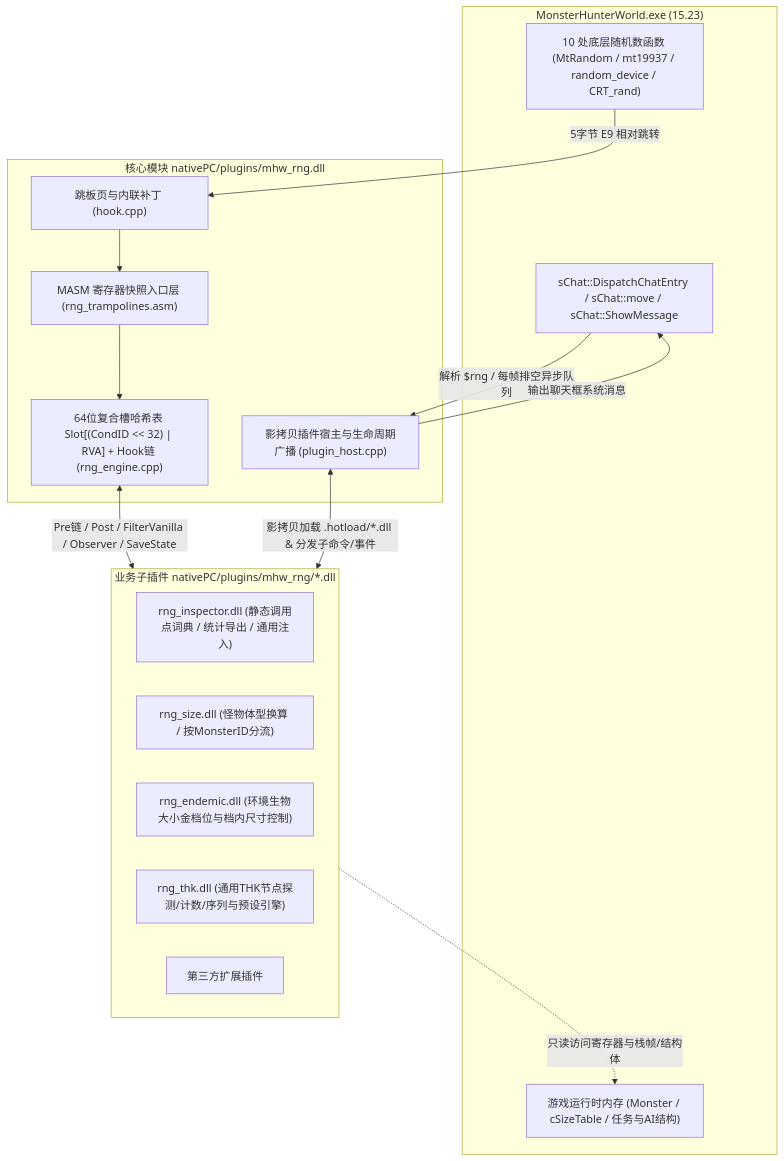
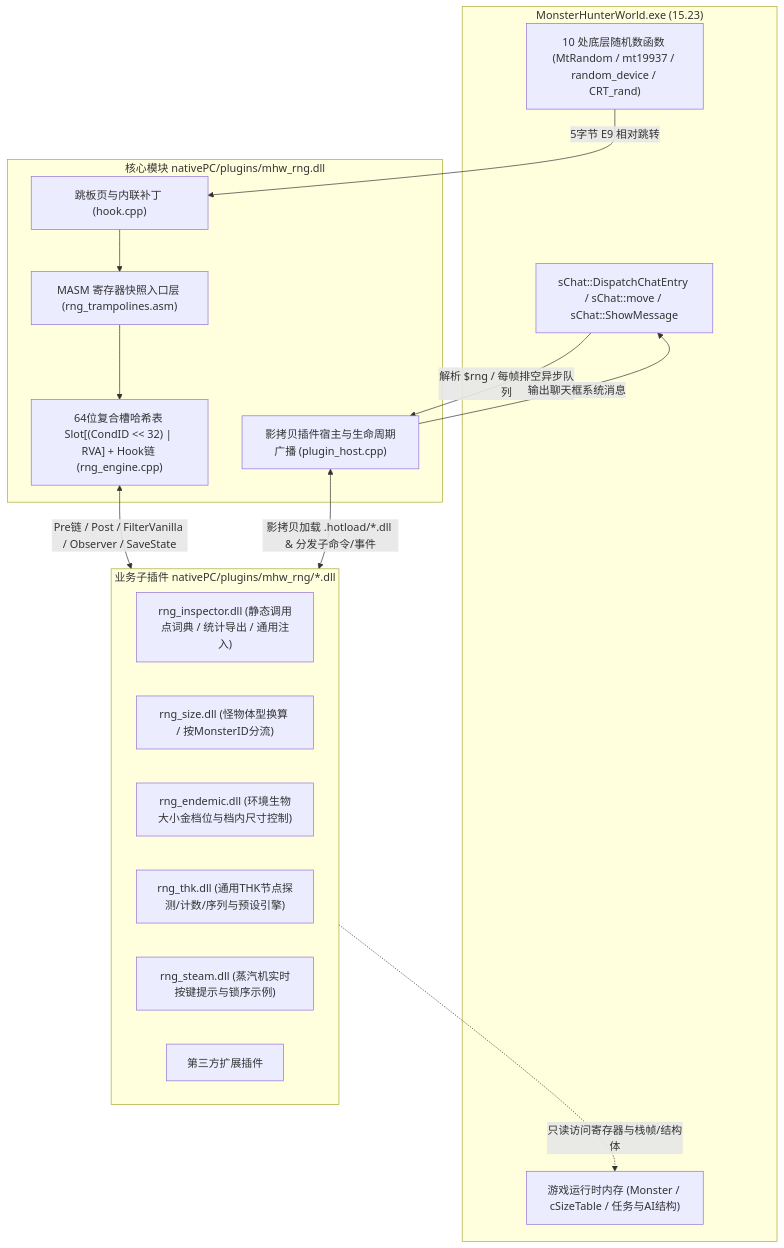
Before and after one commit to Miraboreasyu/mhw-rng: the first of 2 diagrams in docs/ARCHITECTURE.md, drawn with Mermaid. The commit also changed other lines of this file and 5 other files, not shown here.

Commit message:
feat: add official rng_steam SDK v3.0 plugin submodule and real-code tests

````diff
--- a/docs/ARCHITECTURE.md
+++ b/docs/ARCHITECTURE.md
@@ -13,30 +13,31 @@
 ```mermaid
 flowchart TD
     subgraph Game["MonsterHunterWorld.exe (15.23)"]
         PRNG["10 处底层随机数函数 (MtRandom / mt19937 / random_device / CRT_rand)"]
         Chat["sChat::DispatchChatEntry / sChat::move / sChat::ShowMessage"]
         GameMem["游戏运行时内存 (Monster / cSizeTable / 任务与AI结构)"]
     end
 
     subgraph Kernel["核心模块 nativePC/plugins/mhw_rng.dll"]
         Asm["MASM 寄存器快照入口层 (rng_trampolines.asm)"]
         Hooks["跳板页与内联补丁 (hook.cpp)"]
         Table["64位复合槽哈希表 Slot[(CondID << 32) | RVA] + Hook链 (rng_engine.cpp)"]
         Host["影拷贝插件宿主与生命周期广播 (plugin_host.cpp)"]
     end
 
     subgraph Plugins["业务子插件 nativePC/plugins/mhw_rng/*.dll"]
         Insp["rng_inspector.dll (静态调用点词典 / 统计导出 / 通用注入)"]
         Size["rng_size.dll (怪物体型换算 / 按MonsterID分流)"]
         Endemic["rng_endemic.dll (环境生物大小金档位与档内尺寸控制)"]
         Thk["rng_thk.dll (通用THK节点探测/计数/序列与预设引擎)"]
+        Steam["rng_steam.dll (蒸汽机实时按键提示与锁序示例)"]
         Custom["第三方扩展插件"]
     end
 
     PRNG -->|"5字节 E9 相对跳转"| Hooks --> Asm --> Table
     Chat -->|"解析 $rng / 每帧排空异步队列"| Host
     Host -->|"输出聊天框系统消息"| Chat
     Table <-->|"Pre链 / Post / FilterVanilla / Observer / SaveState"| Plugins
     Host <-->|"影拷贝加载 .hotload/*.dll & 分发子命令/事件"| Plugins
     Plugins -.->|"只读访问寄存器与栈帧/结构体"| GameMem
 ```
````
